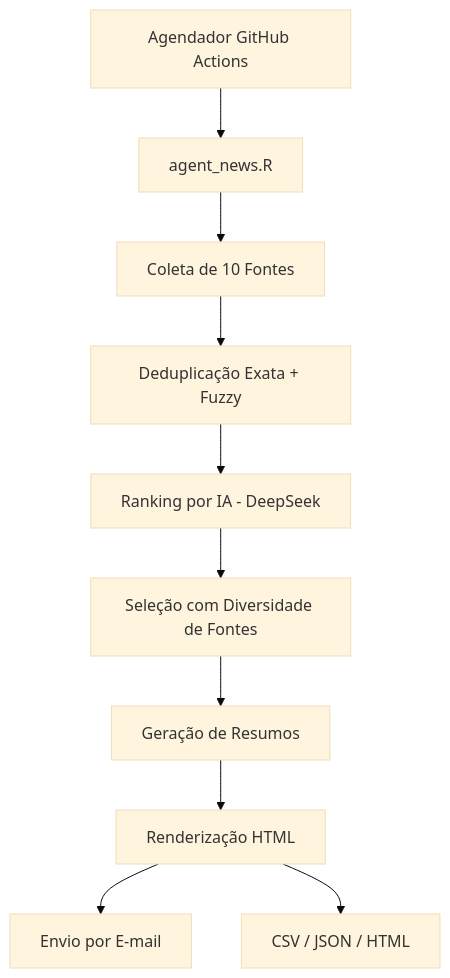
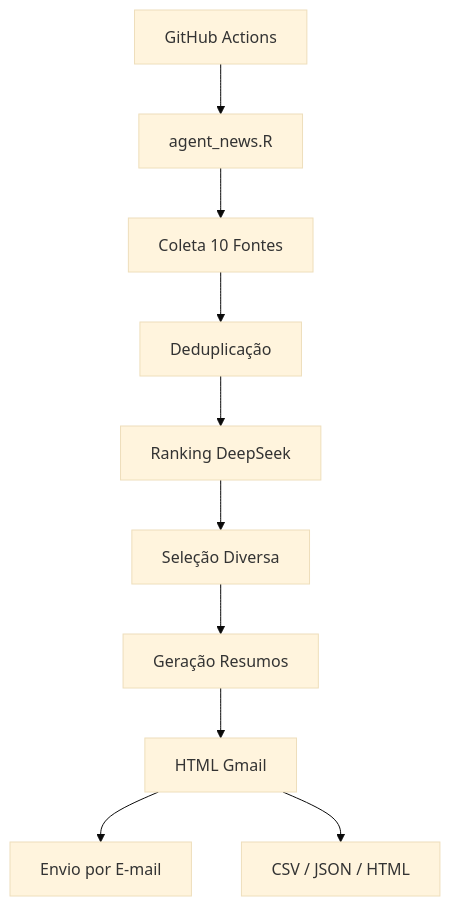
One commit to santosry/agent-news changed the diagram in README.md. Above: the diagram before and after it, drawn with Mermaid (base theme).

Commit message:
fix: diagrama Mermaid com labels curtos

````diff
--- a/README.md
+++ b/README.md
@@ -9,12 +9,12 @@
 ```mermaid
 graph TD
-  A[Agendador GitHub Actions] --> B[agent_news.R]
-  B --> C[Coleta de 10 Fontes]
-  C --> D[Deduplicação Exata + Fuzzy]
-  D --> E[Ranking por IA - DeepSeek]
-  E --> F[Seleção com Diversidade de Fontes]
-  F --> G[Geração de Resumos]
-  G --> H[Renderização HTML]
+  A[GitHub Actions] --> B[agent_news.R]
+  B --> C[Coleta 10 Fontes]
+  C --> D[Deduplicação]
+  D --> E[Ranking DeepSeek]
+  E --> F[Seleção Diversa]
+  F --> G[Geração Resumos]
+  G --> H[HTML Gmail]
   H --> I[Envio por E-mail]
   H --> J[CSV / JSON / HTML]
 ```
````
